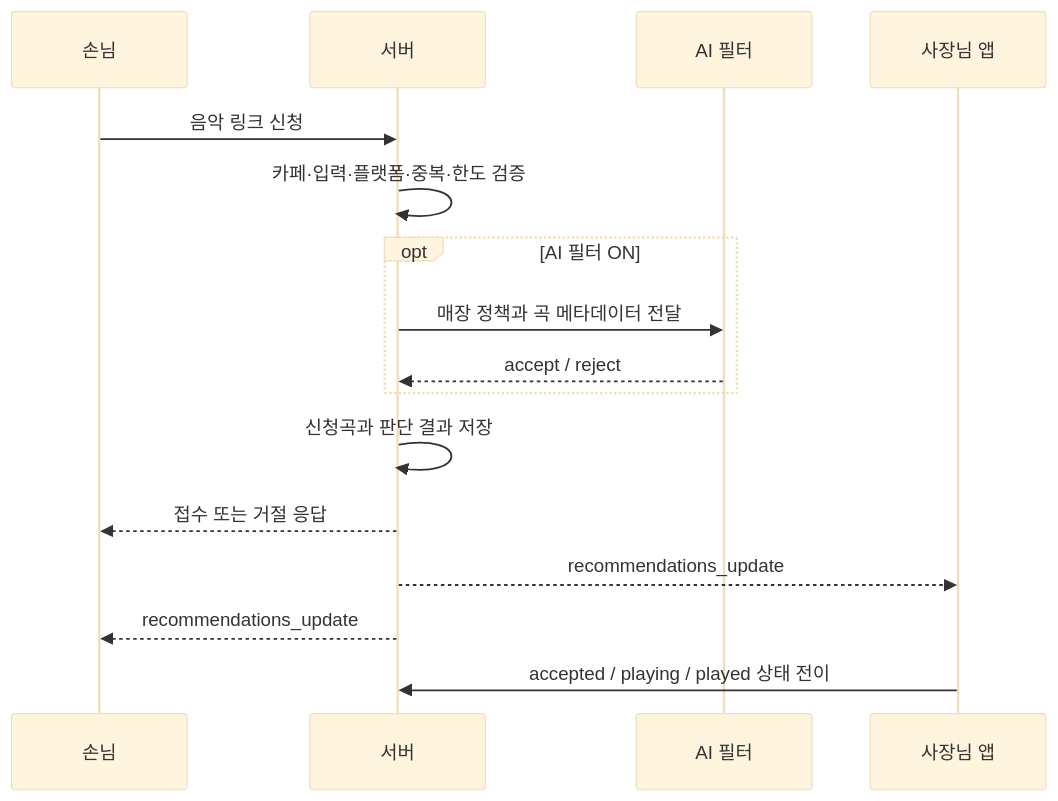
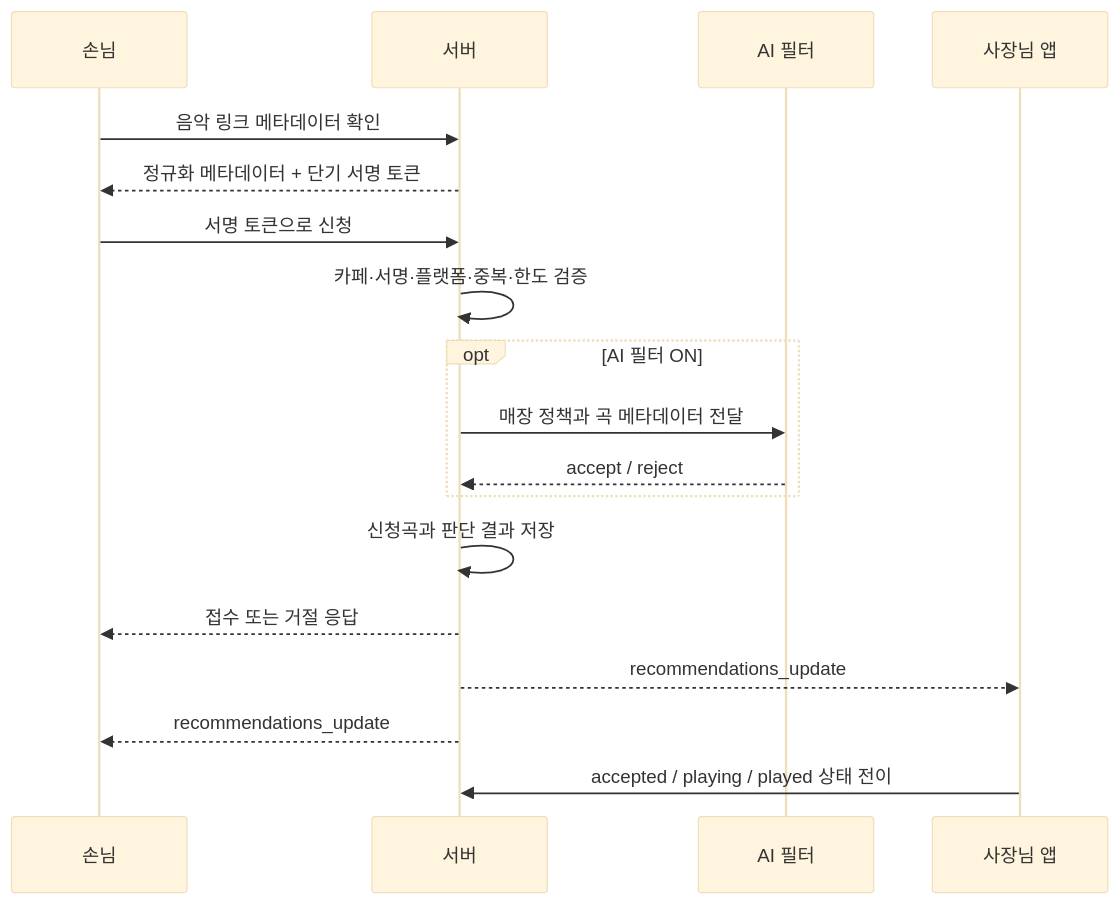
Before and after one commit to sngmng6506/caffeine-Flow: the second of 3 diagrams in docs/ARCHITECTURE.md, drawn with Mermaid (base theme). The commit also changed other lines of this file and 60 other files, not shown here.

````diff
--- a/docs/ARCHITECTURE.md
+++ b/docs/ARCHITECTURE.md
@@ -47,19 +47,21 @@
 ```mermaid
 sequenceDiagram
     participant G as 손님
     participant S as 서버
     participant A as AI 필터
     participant O as 사장님 앱
 
-    G->>S: 음악 링크 신청
-    S->>S: 카페·입력·플랫폼·중복·한도 검증
+    G->>S: 음악 링크 메타데이터 확인
+    S-->>G: 정규화 메타데이터 + 단기 서명 토큰
+    G->>S: 서명 토큰으로 신청
+    S->>S: 카페·서명·플랫폼·중복·한도 검증
     opt AI 필터 ON
         S->>A: 매장 정책과 곡 메타데이터 전달
         A-->>S: accept / reject
     end
     S->>S: 신청곡과 판단 결과 저장
     S-->>G: 접수 또는 거절 응답
     S-->>O: recommendations_update
     S-->>G: recommendations_update
     O->>S: accepted / playing / played 상태 전이
 ```
````
